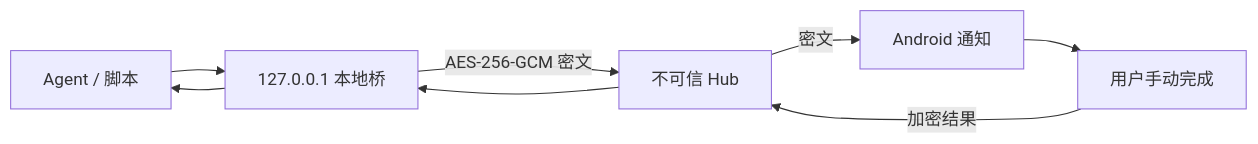
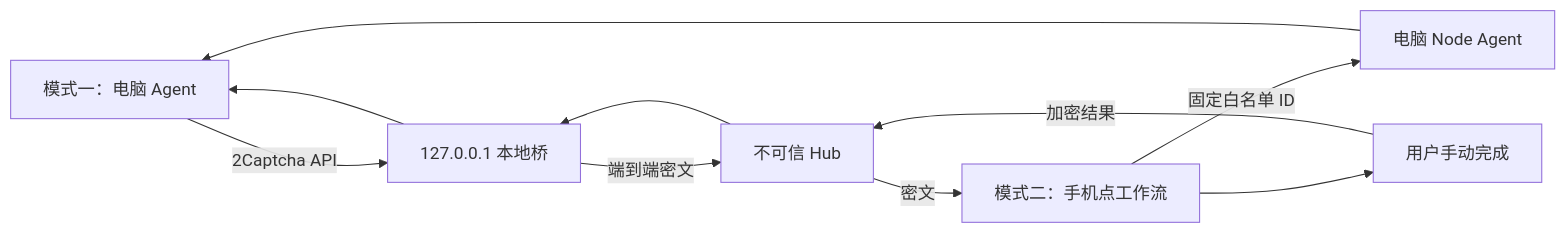
Before and after one commit to vimalinx/CaptchaMesh: the diagram in README.md, drawn with Mermaid. The commit also changed other lines of this file and 22 other files, not shown here.

````diff
--- a/README.md
+++ b/README.md
@@ -17,8 +17,10 @@
 ```mermaid
 flowchart LR
-    A[Agent / 脚本] --> B[127.0.0.1 本地桥]
-    B -->|AES-256-GCM 密文| C[不可信 Hub]
-    C -->|密文| D[Android 通知]
-    D --> E[用户手动完成]
-    E -->|加密结果| C --> B --> A
+    A[模式一：电脑 Agent] -->|2Captcha API| B[127.0.0.1 本地桥]
+    P[模式二：手机点工作流] -->|固定白名单 ID| N[电脑 Node Agent]
+    N --> A
+    B -->|端到端密文| H[不可信 Hub]
+    H -->|密文| P
+    P --> U[用户手动完成]
+    U -->|加密结果| H --> B --> A
 ```
````
